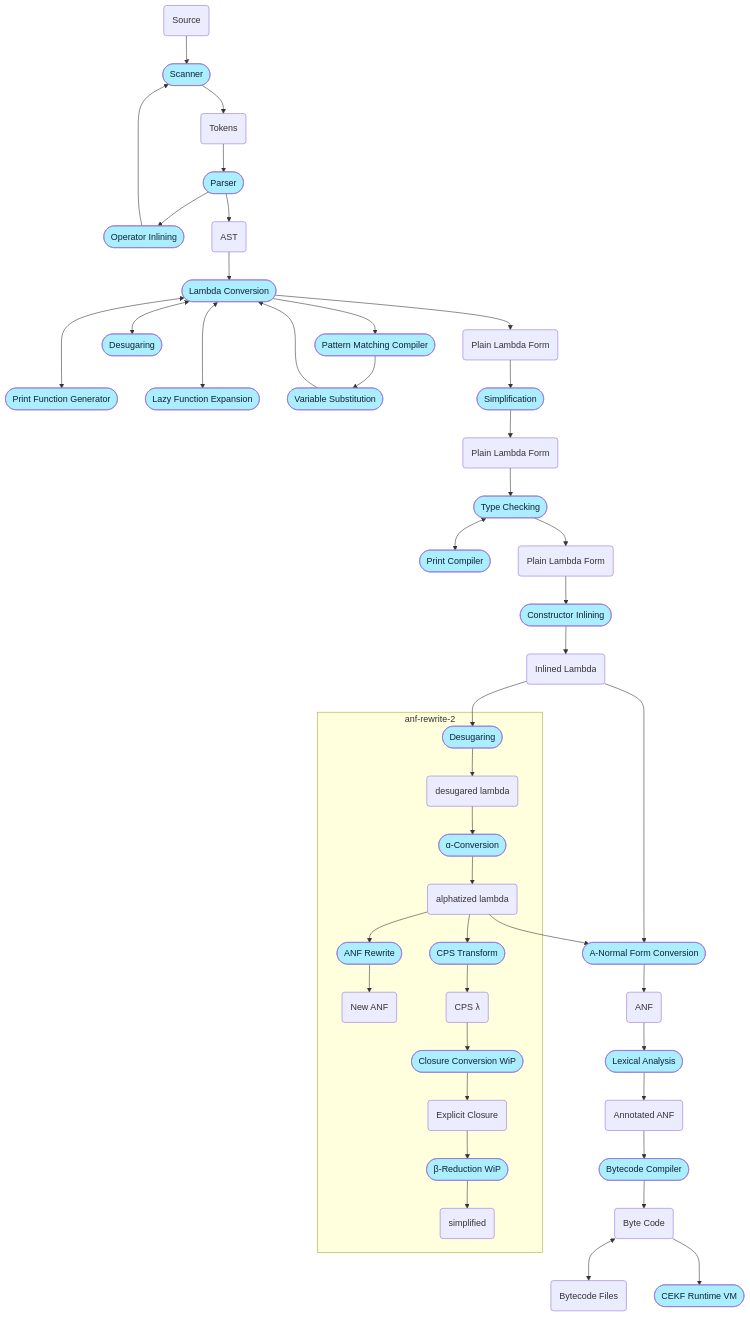
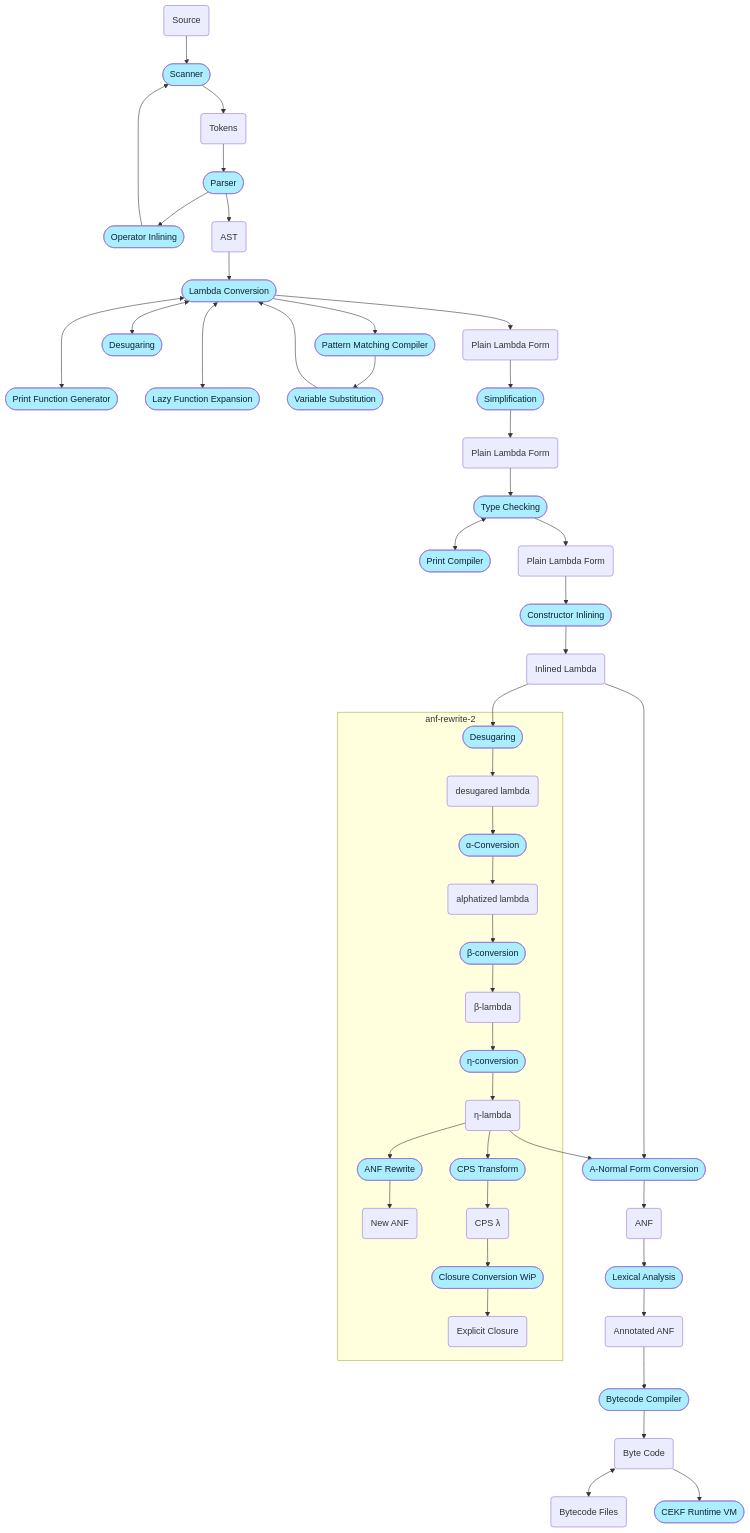
One commit to billhails/CEKF changed the diagram in README.md. Above: the diagram before and after it, drawn with Mermaid.

Commit message:
Update lambda transformation steps in README

````diff
--- a/README.md
+++ b/README.md
@@ -75,50 +75,53 @@
 ```mermaid
 flowchart TD
 classDef process fill:#aef,color:#123;
 source(Source) -->
 scanner([Scanner]):::process -->
 tokens(Tokens) -->
 parser([Parser]):::process
 parser --> oi([Operator Inlining]):::process
 oi --> scanner
 parser --> ast(AST) -->
 lc([Lambda Conversion]):::process --> tpmc([Pattern Matching Compiler]):::process
 lc <---> pg([Print Function Generator]):::process
 lc <---> me([Lazy Function Expansion]):::process
 tpmc --> vs([Variable Substitution]):::process
 vs --> lc
 lc <--> des([Desugaring]):::process
 lc --> lambda0(Plain Lambda Form)
 lambda0 --> sim([Simplification]):::process
 sim --> lambda1(Plain Lambda Form)
 lambda1 --> tc([Type Checking]):::process
 tc <--> pc([Print Compiler]):::process
 tc --> lambda2(Plain Lambda Form)
 lambda2 --> ci([Constructor Inlining]):::process
 ci --> lambda3(Inlined Lambda)
 subgraph anf-rewrite-2
    desugaring(["Desugaring"]):::process
    desugaring --> lambda_ds(desugared lambda)
    lambda_ds --> alpha(["ɑ-Conversion"]):::process
    alpha --> lambda_a(alphatized lambda)
-   lambda_a --> anfr([ANF Rewrite]):::process
+   lambda_eta --> anfr([ANF Rewrite]):::process
    anfr --> lambda_b(New ANF)
 
-   lambda_a --> cps([CPS Transform]):::process
+   lambda_a --> beta(["β-conversion"]):::process
+   beta --> lambda_beta("β-lambda")
+   lambda_beta --> eta(["η-conversion"]):::process
+   eta --> lambda_eta("η-lambda")
+   lambda_eta --> cps([CPS Transform]):::process
    cps --> lambda_e("CPS λ")
    lambda_e --> cloc([Closure Conversion WiP]):::process
    cloc --> lambda_c(Explicit Closure)
-   lambda_c --> betar(["β-Reduction WiP"]):::process
-   betar --> lambda_d(simplified)
+   
 end
 lambda3 --> desugaring
 lambda3 --> anfc
-lambda_a --> anfc([A-Normal Form Conversion]):::process
+lambda_eta --> anfc([A-Normal Form Conversion]):::process
 anfc --> anf(ANF)
 anf --> lexa([Lexical Analysis]):::process
 lexa --> ann(Annotated ANF)
 ann --> bcc([Bytecode Compiler]):::process
 bcc --> bc(Byte Code)
 bc <--> bcf(Bytecode Files)
 bc --> cekf([CEKF Runtime VM]):::process
 ```
````
